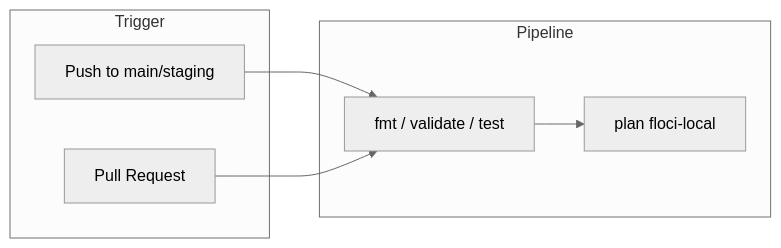
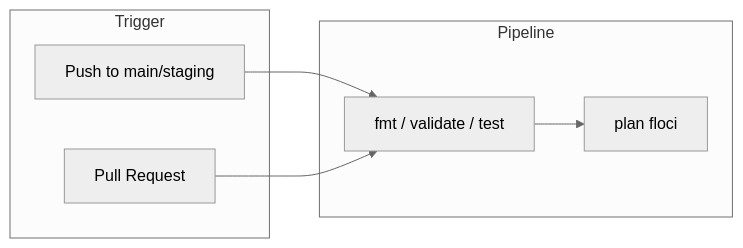
The first of 4 diagrams in infra/docs/operations/ci-cd.md (kunalPisolkar24/detectAI), drawn with Mermaid (neutral theme) before and after one commit. The commit also changed other lines of this file and 10 other files, not shown here.

````diff
--- a/infra/docs/operations/ci-cd.md
+++ b/infra/docs/operations/ci-cd.md
@@ -9,16 +9,16 @@
 ```mermaid
 graph LR
     subgraph "Trigger"
         Push[Push to main/staging]
         PR[Pull Request]
     end
     
     subgraph "Pipeline"
         Validate[fmt / validate / test]
-        Plan[plan floci-local]
+        Plan[plan floci]
     end
     
     Push --> Validate
     PR --> Validate
     Validate --> Plan
 ```
````
